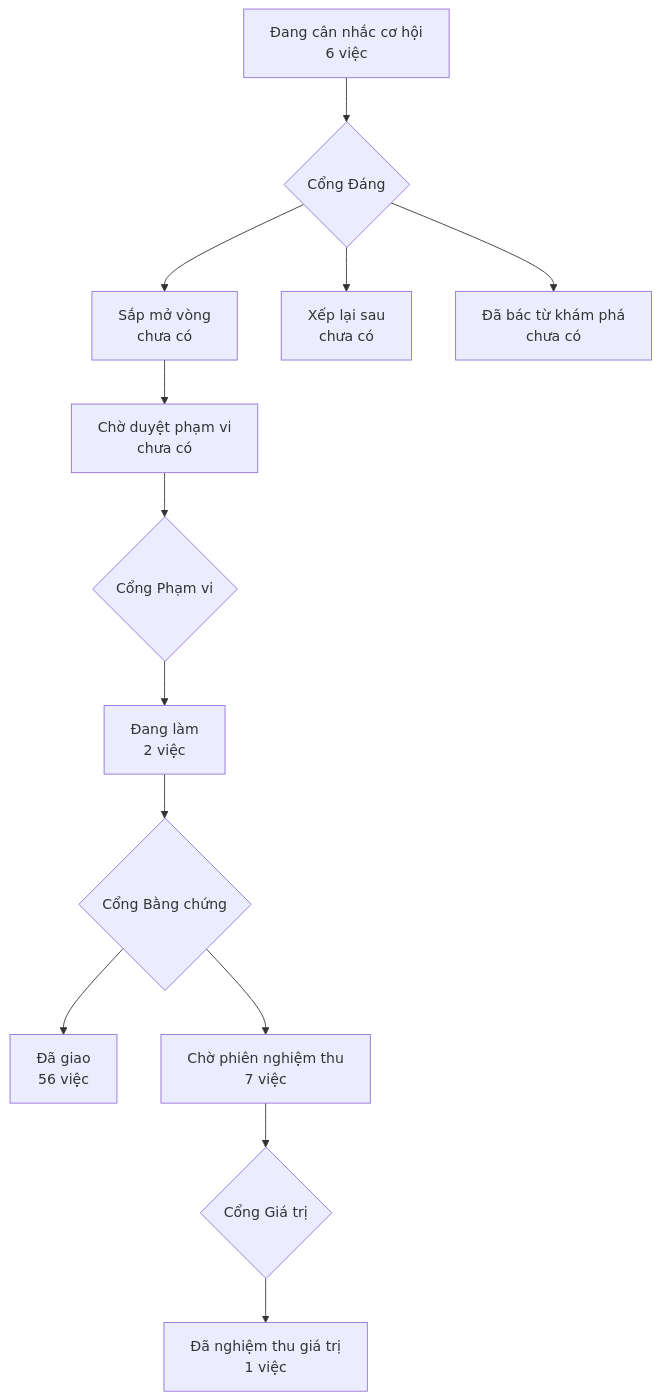
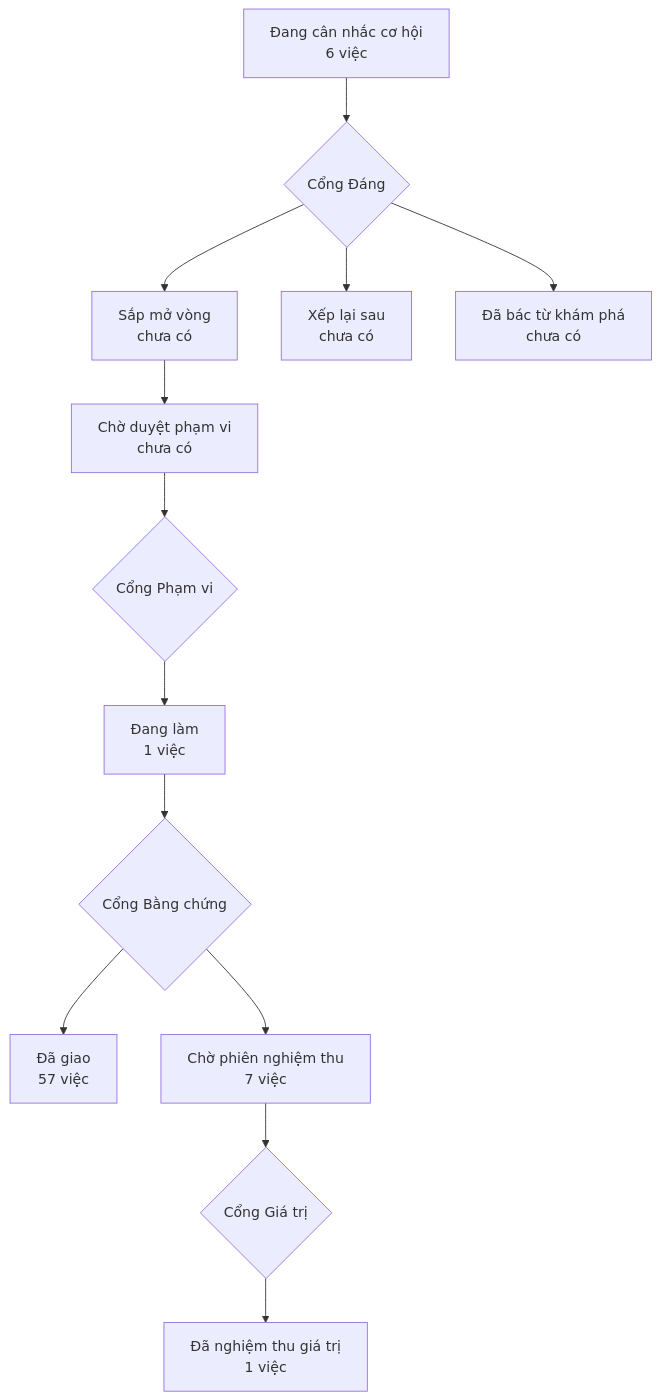
The diagram in PRODUCT-MAP.md (phanlemanh/crm-onehub), drawn with Mermaid before and after one commit. The commit also changed 3 other files, not shown here.

````diff
--- a/PRODUCT-MAP.md
+++ b/PRODUCT-MAP.md
@@ -6,12 +6,12 @@
 ```mermaid
 flowchart TD
   A["Đang cân nhắc cơ hội<br/>6 việc"] --> GD{"Cổng Đáng"}
   GD --> B["Sắp mở vòng<br/>chưa có"]
   GD --> XL["Xếp lại sau<br/>chưa có"]
   GD --> DB["Đã bác từ khám phá<br/>chưa có"]
   B --> CD["Chờ duyệt phạm vi<br/>chưa có"] --> GP{"Cổng Phạm vi"}
-  GP --> DL["Đang làm<br/>2 việc"] --> GB{"Cổng Bằng chứng"}
-  GB --> DG["Đã giao<br/>56 việc"]
+  GP --> DL["Đang làm<br/>1 việc"] --> GB{"Cổng Bằng chứng"}
+  GB --> DG["Đã giao<br/>57 việc"]
   GB --> CN["Chờ phiên nghiệm thu<br/>7 việc"] --> GG{"Cổng Giá trị"}
   GG --> NT["Đã nghiệm thu giá trị<br/>1 việc"]
 ```
````
